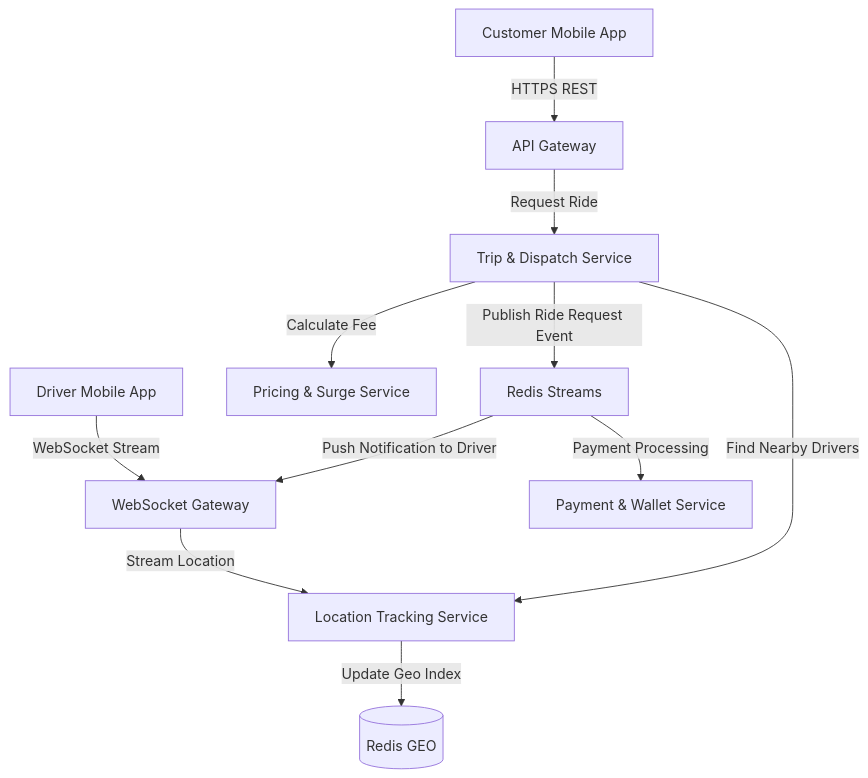
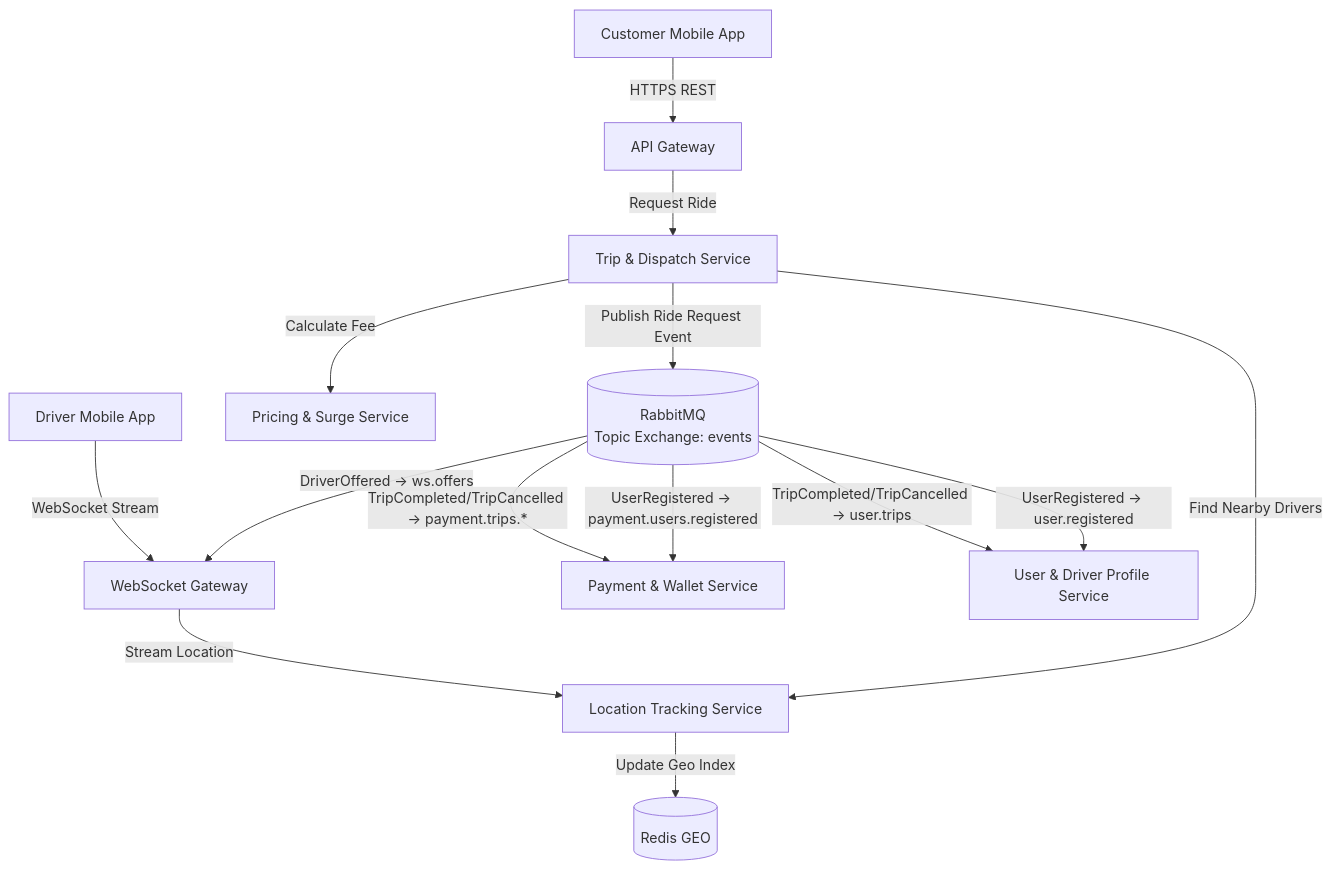
The diagram in README.md (Cunos982003/IOC_PTH251125_BE105_LeTuanCuong_Project), drawn with Mermaid before and after one commit. The commit also changed other lines of this file and 16 other files, not shown here.

Commit message:
fix dispatch-service and payment-service

````diff
--- a/README.md
+++ b/README.md
@@ -202,17 +203,20 @@
 ```mermaid
 flowchart TD
     DriverApp["Driver Mobile App"] -->|"WebSocket Stream"| WSGateway["WebSocket Gateway"]
     CustomerApp["Customer Mobile App"] -->|"HTTPS REST"| APIGateway["API Gateway"]
 
     WSGateway -->|"Stream Location"| LocationService["Location Tracking Service"]
     LocationService -->|"Update Geo Index"| RedisGeo[("Redis GEO")]
 
     APIGateway -->|"Request Ride"| DispatchService["Trip & Dispatch Service"]
     DispatchService -->|"Calculate Fee"| PricingService["Pricing & Surge Service"]
 
     DispatchService -->|"Find Nearby Drivers"| LocationService
-    DispatchService -->|"Publish Ride Request Event"| EventStream["Redis Streams"]
+    DispatchService -->|"Publish Ride Request Event"| RabbitMQ[("RabbitMQ\nTopic Exchange: events")]
 
-    EventStream -->|"Push Notification to Driver"| WSGateway
-    EventStream -->|"Payment Processing"| PaymentService["Payment & Wallet Service"]
+    RabbitMQ -->|"DriverOffered → ws.offers"| WSGateway
+    RabbitMQ -->|"TripCompleted/TripCancelled → payment.trips.*"| PaymentService["Payment & Wallet Service"]
+    RabbitMQ -->|"TripCompleted/TripCancelled → user.trips"| UserService["User & Driver Profile Service"]
+    RabbitMQ -->|"UserRegistered → payment.users.registered"| PaymentService
+    RabbitMQ -->|"UserRegistered → user.registered"| UserService
 ```
````
